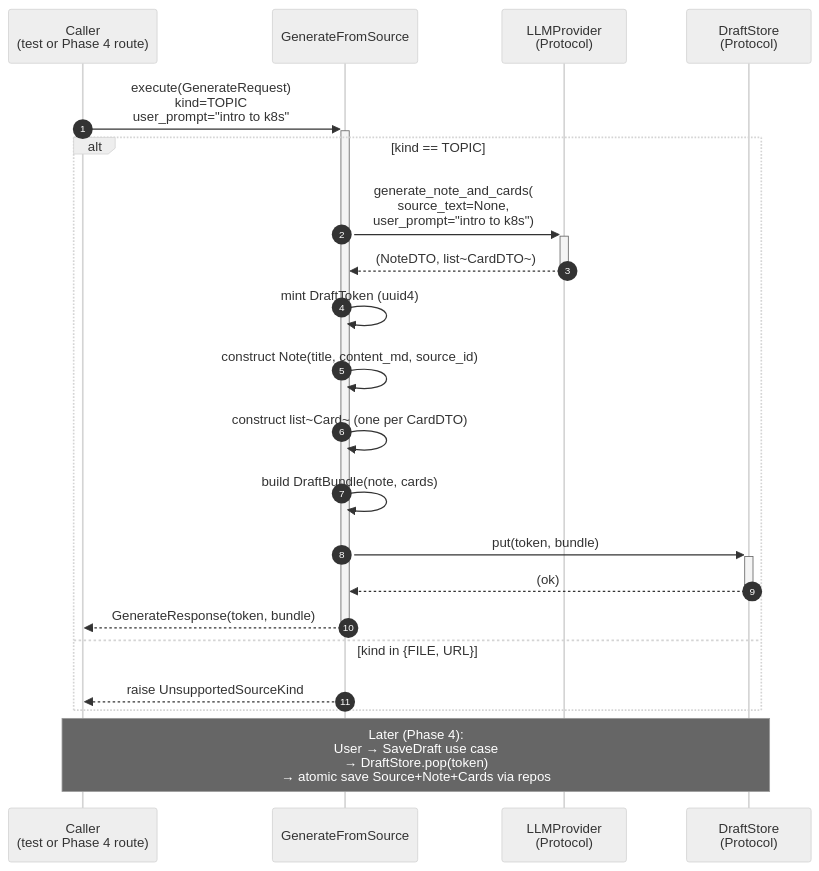
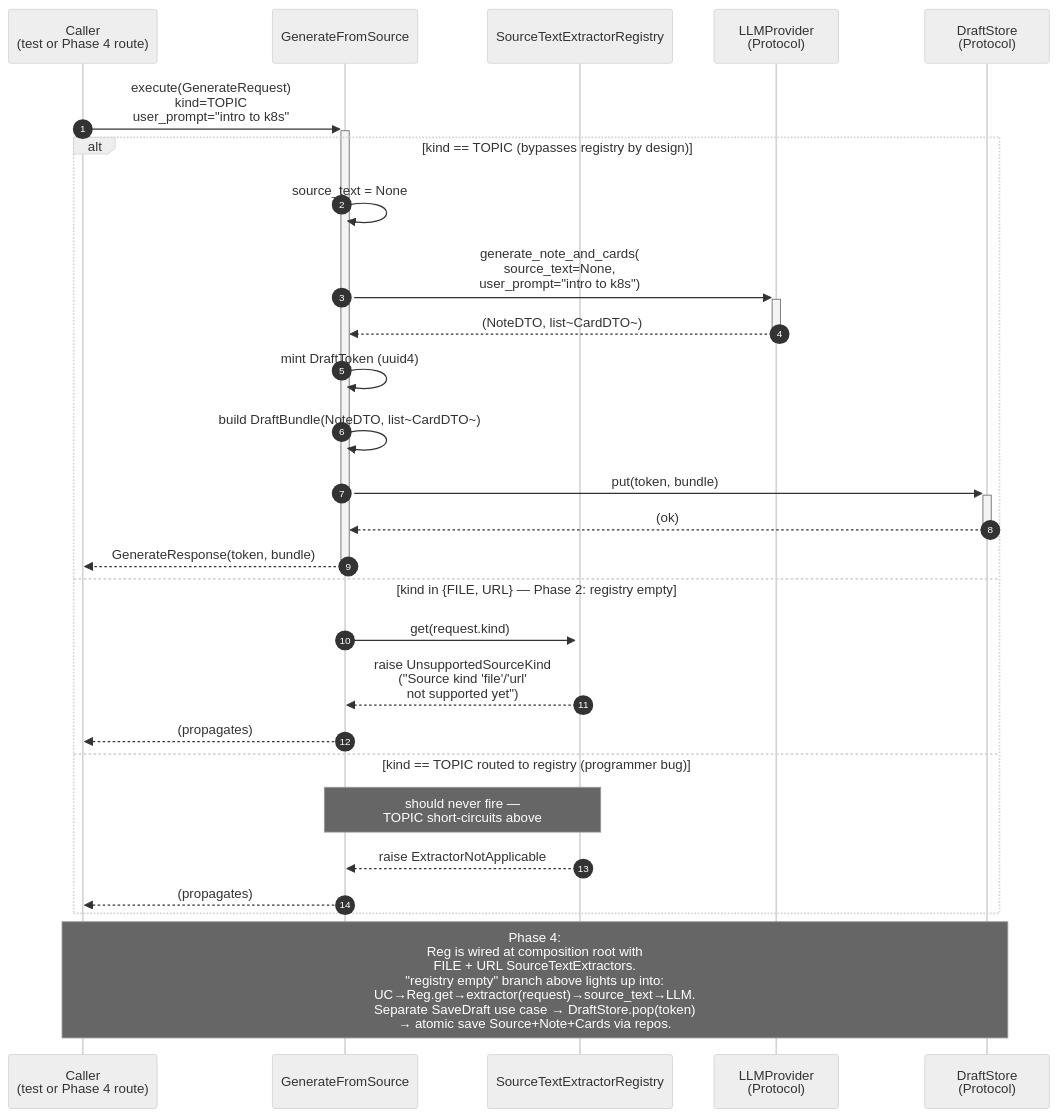
Before and after one commit to pvardanis/dojo: the fifth of 5 diagrams in docs/architecture/overview.md, drawn with Mermaid (neutral theme). The commit also changed other lines of this file, not shown here.

````diff
--- a/docs/architecture/overview.md
+++ b/docs/architecture/overview.md
@@ -432,31 +499,38 @@
 ```mermaid
 sequenceDiagram
     autonumber
 
     participant User as Caller<br/>(test or Phase 4 route)
     participant UC as GenerateFromSource
+    participant Reg as SourceTextExtractorRegistry
     participant LLM as LLMProvider<br/>(Protocol)
     participant Store as DraftStore<br/>(Protocol)
 
     User->>+UC: execute(GenerateRequest)<br/>kind=TOPIC<br/>user_prompt="intro to k8s"
 
-    alt kind == TOPIC
+    alt kind == TOPIC (bypasses registry by design)
+        UC->>UC: source_text = None
         UC->>+LLM: generate_note_and_cards(<br/>source_text=None,<br/>user_prompt="intro to k8s")
         LLM-->>-UC: (NoteDTO, list~CardDTO~)
 
         UC->>UC: mint DraftToken (uuid4)
-        UC->>UC: construct Note(title, content_md, source_id)
-        UC->>UC: construct list~Card~ (one per CardDTO)
-        UC->>UC: build DraftBundle(note, cards)
+        UC->>UC: build DraftBundle(NoteDTO, list~CardDTO~)
 
         UC->>+Store: put(token, bundle)
         Store-->>-UC: (ok)
 
         UC-->>-User: GenerateResponse(token, bundle)
 
-    else kind in {FILE, URL}
-        UC-->>User: raise UnsupportedSourceKind
+    else kind in {FILE, URL} — Phase 2: registry empty
+        UC->>+Reg: get(request.kind)
+        Reg-->>UC: raise UnsupportedSourceKind<br/>("Source kind 'file'/'url'<br/>not supported yet")
+        UC-->>User: (propagates)
+
+    else kind == TOPIC routed to registry (programmer bug)
+        Note over UC, Reg: should never fire —<br/>TOPIC short-circuits above
+        Reg-->>UC: raise ExtractorNotApplicable
+        UC-->>User: (propagates)
     end
 
-    Note over User, Store: Later (Phase 4):<br/>User → SaveDraft use case<br/>→ DraftStore.pop(token)<br/>→ atomic save Source+Note+Cards via repos
+    Note over User, Store: Phase 4:<br/>Reg is wired at composition root with<br/>FILE + URL SourceTextExtractors.<br/>"registry empty" branch above lights up into:<br/>UC→Reg.get→extractor(request)→source_text→LLM.<br/>Separate SaveDraft use case → DraftStore.pop(token)<br/>→ atomic save Source+Note+Cards via repos.
 ```
````
